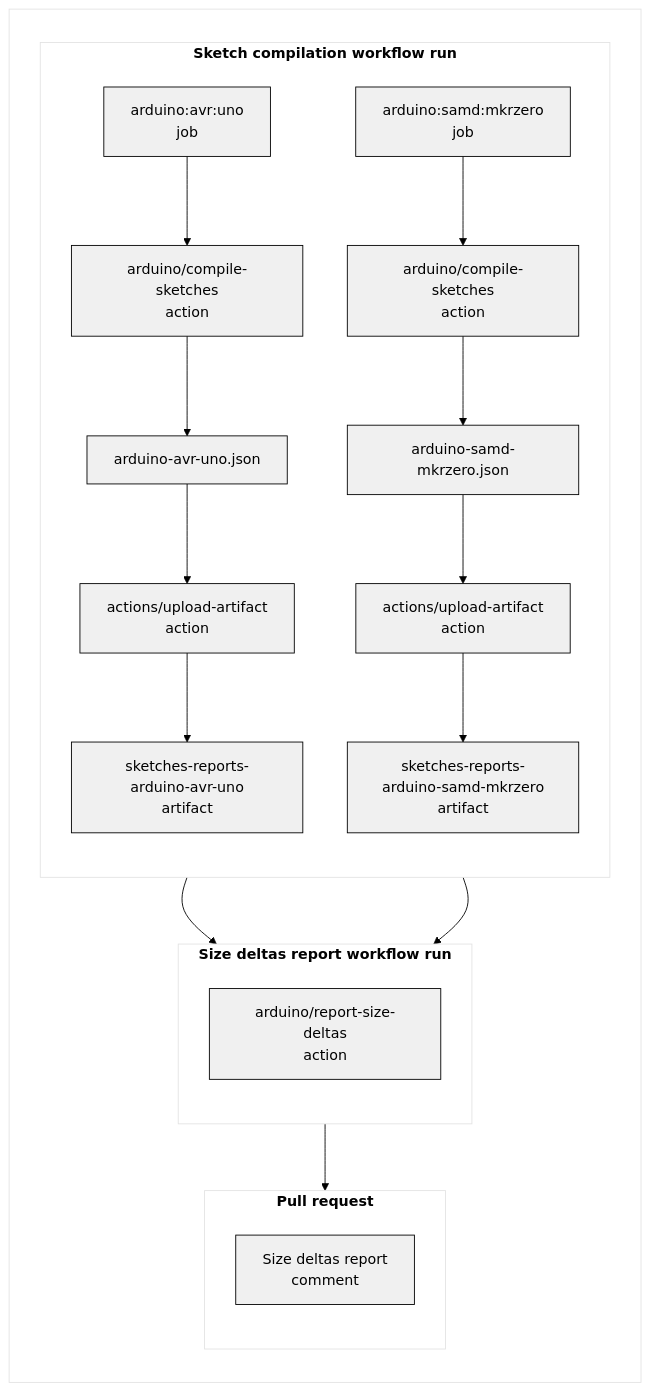
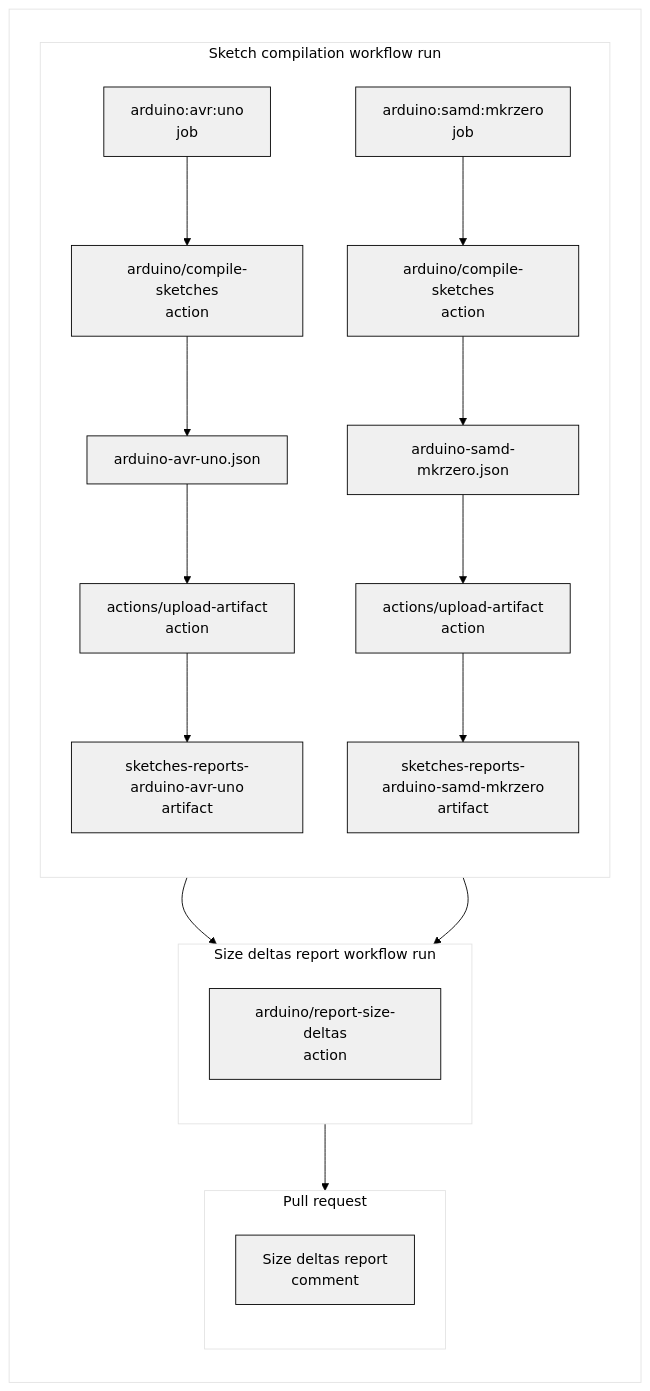
One commit to arduino/report-size-deltas changed the diagram in docs/FAQ.md. Above: the diagram before and after it, drawn with Mermaid.

````diff
--- a/docs/FAQ.md
+++ b/docs/FAQ.md
@@ -75,67 +75,67 @@
 ```mermaid
 %%{
   init: {
     'flowchart': {
       'curve': 'basis'
     },
     'theme': 'base',
     'themeVariables': {
       'clusterBkg': '#ffffff',
       'edgeLabelBackground': '#ffffff',
       'lineColor': '#000000',
       'primaryBorderColor': '#000000',
       'primaryColor': '#f0f0f0',
       'primaryTextColor': '#000000'
     }
   }
 }%%
 
 flowchart TB
   subgraph main[" "]
     direction TB
 
-    subgraph compileWorkflow["<b>Sketch compilation workflow run</b>"]
+    subgraph compileWorkflow["Sketch compilation workflow run"]
       direction TB
 
       unoJob["arduino:avr:uno<br />job"]
       mkrzeroJob["arduino:samd:mkrzero<br />job"]
 
       unoCompile["arduino/compile-sketches<br />action"]
       mkrzeroCompile["arduino/compile-sketches<br />action"]
 
       unoReportFile["arduino-avr-uno.json"]
       mkrzeroReportFile["arduino-samd-mkrzero.json"]
 
       unoUpload["actions/upload-artifact<br />action"]
       mkrzeroUpload["actions/upload-artifact<br />action"]
 
       unoArtifact["sketches-reports-arduino-avr-uno<br />artifact"]
       mkrzeroArtifact["sketches-reports-arduino-samd-mkrzero<br />artifact"]
     end
 
-    subgraph reportWorkflow["<b>Size deltas report workflow run</b>"]
+    subgraph reportWorkflow["Size deltas report workflow run"]
       direction TB
 
       reportAction["arduino/report-size-deltas<br />action"]
     end
 
-    subgraph pr["<b>Pull request</b>"]
+    subgraph pr["Pull request"]
       direction TB
 
       comment["Size deltas report<br />comment"]
     end
 
     unoJob --> unoCompile
     mkrzeroJob --> mkrzeroCompile
     unoCompile --> unoReportFile
     mkrzeroCompile --> mkrzeroReportFile
     unoReportFile --> unoUpload
     mkrzeroReportFile --> mkrzeroUpload
     unoUpload --> unoArtifact
     mkrzeroUpload --> mkrzeroArtifact
 
     unoArtifact --> reportAction
     mkrzeroArtifact --> reportAction
     reportAction --> comment
   end
 ```
````
